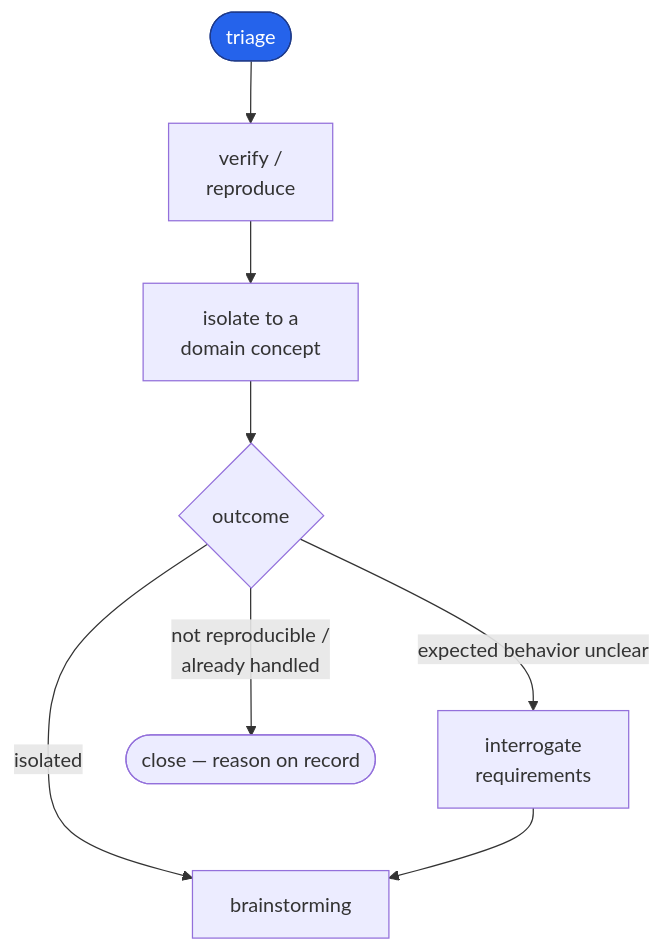
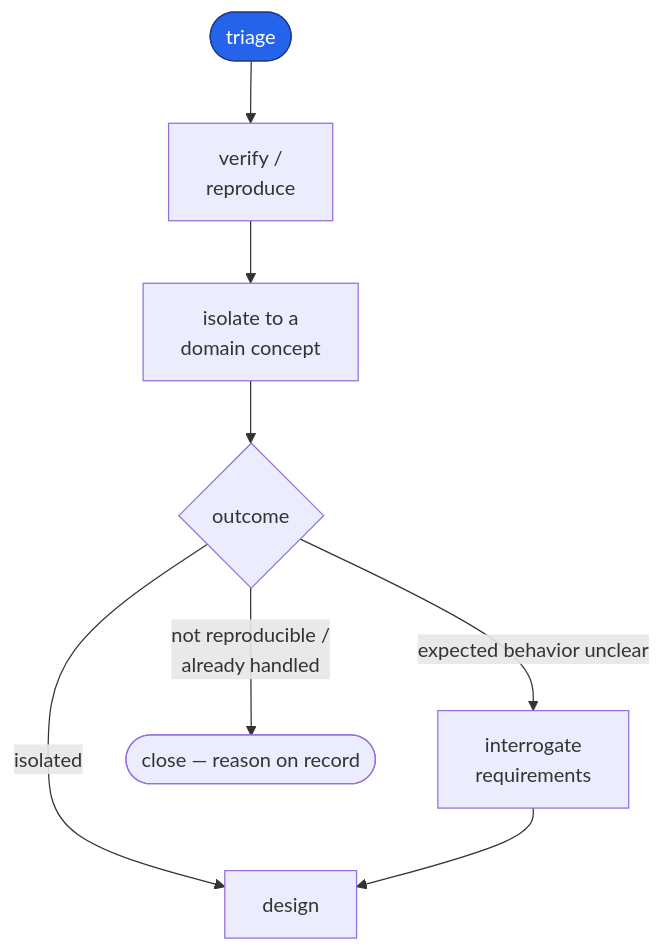
One commit to dashworthy/engineering changed the third of 6 diagrams in README.md. Above: the diagram before and after it, drawn with Mermaid. The commit also changed other lines of this file and 33 other files, not shown here.

````diff
--- a/README.md
+++ b/README.md
@@ -90,12 +90,12 @@
 ```mermaid
 flowchart TD
     classDef entry fill:#2563eb,stroke:#1e3a8a,color:#fff
 
     T(["triage"]):::entry --> T1["verify /<br/>reproduce"]
     T1 --> T2["isolate to a<br/>domain concept"]
     T2 --> T3{"outcome"}
     T3 -->|"expected behavior unclear"| Q["interrogate<br/>requirements"]
-    T3 -->|"isolated"| BR["brainstorming"]
+    T3 -->|"isolated"| BR["design"]
     T3 -->|"not reproducible /<br/>already handled"| CL(["close — reason on record"])
     Q --> BR
 ```
````
